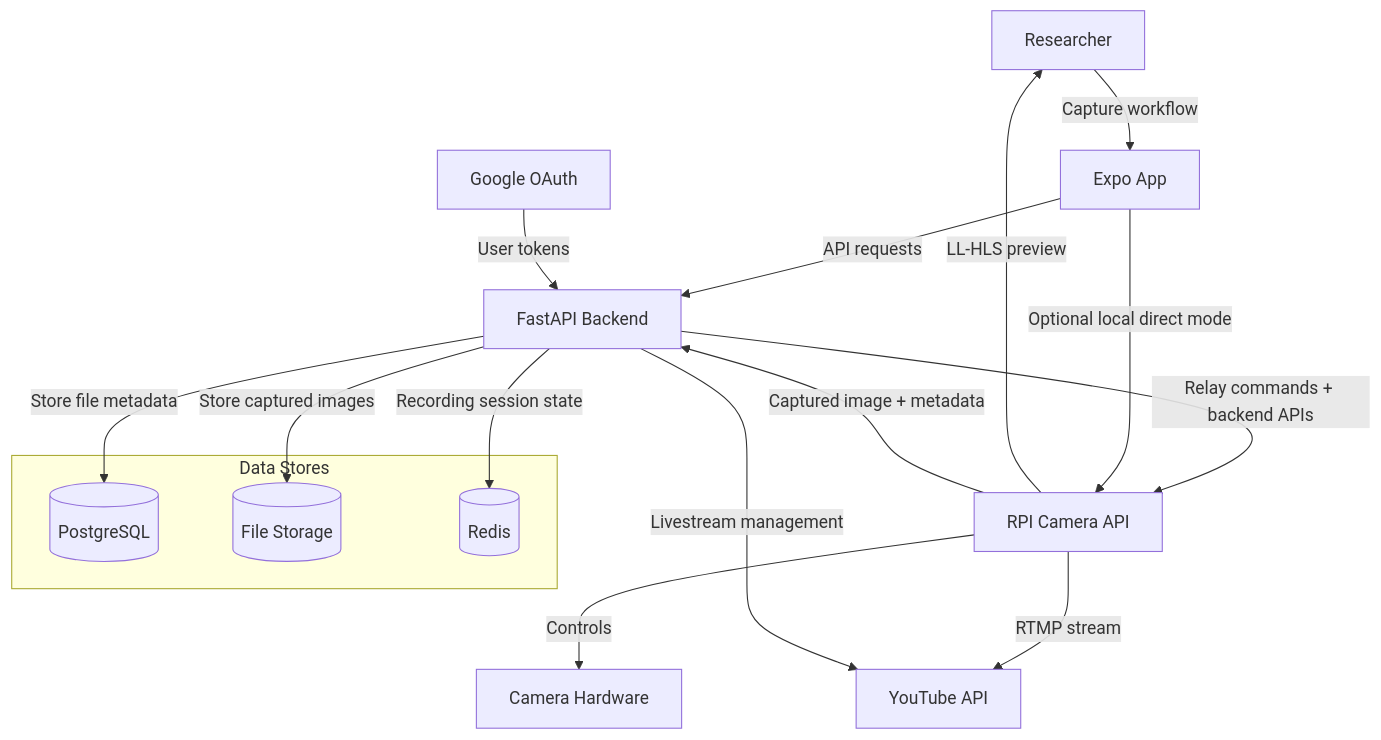
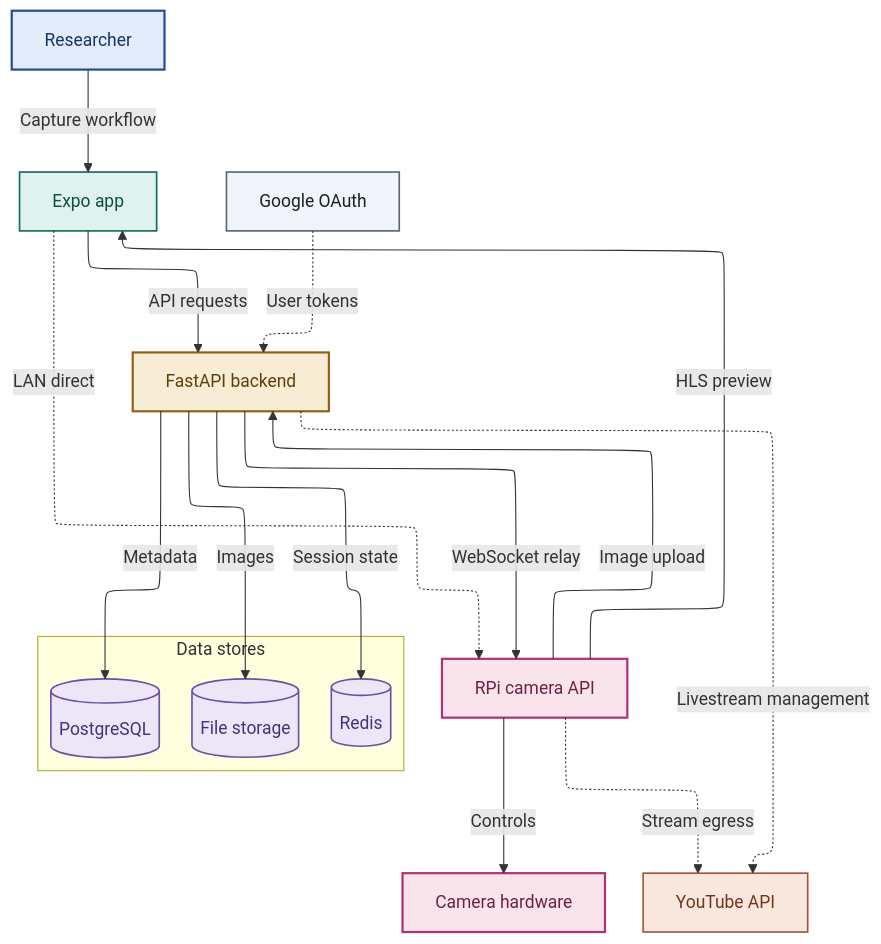
One commit to CMLPlatform/relab changed the first of 2 diagrams in docs/src/content/docs/architecture/rpi-cam.mdx. Above: the diagram before and after it, drawn with Mermaid. The commit also changed other lines of this file and 2187 other files, not shown here.

````diff
--- a/docs/src/content/docs/architecture/rpi-cam.mdx
+++ b/docs/src/content/docs/architecture/rpi-cam.mdx
@@ -17,26 +12,50 @@
 ```mermaid
+---
+config:
+    layout: elk
+---
 graph TD
-    Researcher[Researcher] -->|Capture workflow| FrontendApp[Expo App]
-    FrontendApp -->|API requests| MainAPI[FastAPI Backend]
+    accTitle: RPi camera plugin system diagram
+    accDescr: The Expo app calls the FastAPI backend, which relays commands to the RPi camera API over a WebSocket tunnel and receives HLS preview and image uploads back; the app can also reach the camera API directly over the LAN; the backend stores metadata in PostgreSQL, images in file storage, and session state in Redis, and coordinates YouTube streaming through Google OAuth.
+    Researcher["Researcher"] -->|Capture workflow| FrontendApp["Expo app"]
+    FrontendApp -->|API requests| MainAPI["FastAPI backend"]
 
-    MainAPI -->|Relay commands + backend APIs| RpiCamAPI[RPI Camera API]
-    FrontendApp -->|Optional local direct mode| RpiCamAPI
-    RpiCamAPI -->|Controls| Camera[Camera Hardware]
+    MainAPI -->|WebSocket relay| RpiCamAPI["RPi camera API"]
+    FrontendApp -.->|LAN direct| RpiCamAPI
+    RpiCamAPI -->|Controls| Camera["Camera hardware"]
 
-    RpiCamAPI -->|LL-HLS preview| Researcher
-    RpiCamAPI -->|RTMP stream| YouTube[YouTube API]
-    RpiCamAPI -->|Captured image + metadata| MainAPI
+    RpiCamAPI -->|HLS preview| FrontendApp
+    RpiCamAPI -.->|Stream egress| YouTube["YouTube API"]
+    RpiCamAPI -->|Image upload| MainAPI
 
-    GoogleOAuth[Google OAuth] -->|User tokens| MainAPI
-    MainAPI -->|Livestream management| YouTube
+    GoogleOAuth["Google OAuth"] -.->|User tokens| MainAPI
+    MainAPI -.->|Livestream management| YouTube
 
-    subgraph DataStores ["Data Stores"]
-        Database[(PostgreSQL)]
-        FileStorage[(File Storage)]
-        Redis[(Redis)]
+    subgraph DataStores ["Data stores"]
+        Database[("PostgreSQL")]
+        FileStorage[("File storage")]
+        Redis[("Redis")]
     end
 
-    MainAPI -->|Store file metadata| Database
-    MainAPI -->|Store captured images| FileStorage
-    MainAPI -->|Recording session state| Redis
+    MainAPI -->|Metadata| Database
+    MainAPI -->|Images| FileStorage
+    MainAPI -->|Session state| Redis
+
+    %% Diagram palette from assets/DESIGN.md (categorical ramp)
+    classDef actor fill:#e3ecfa,stroke:#1f4c96,stroke-width:2px,color:#143567
+    classDef frontend fill:#e0f2ed,stroke:#0e6b5e,stroke-width:1.5px,color:#0a4f45
+    classDef backend fill:#f7ecd4,stroke:#8f6212,stroke-width:2px,color:#5c3f0a
+    classDef datastore fill:#ede6f7,stroke:#6d4fa3,stroke-width:1.5px,color:#44337a
+    classDef external fill:#f9e7de,stroke:#a8542f,stroke-width:1.5px,color:#6e371f
+    classDef hardware fill:#fae4ec,stroke:#b0316e,stroke-width:2px,color:#6e2048
+    classDef auth fill:#f1f4f8,stroke:#5a6675,stroke-width:1.5px,color:#16202e
+
+    class Researcher actor
+    class FrontendApp frontend
+    class MainAPI backend
+    class Database,FileStorage,Redis datastore
+
+    class YouTube external
+    class GoogleOAuth auth
+    class RpiCamAPI,Camera hardware
 ```
````
